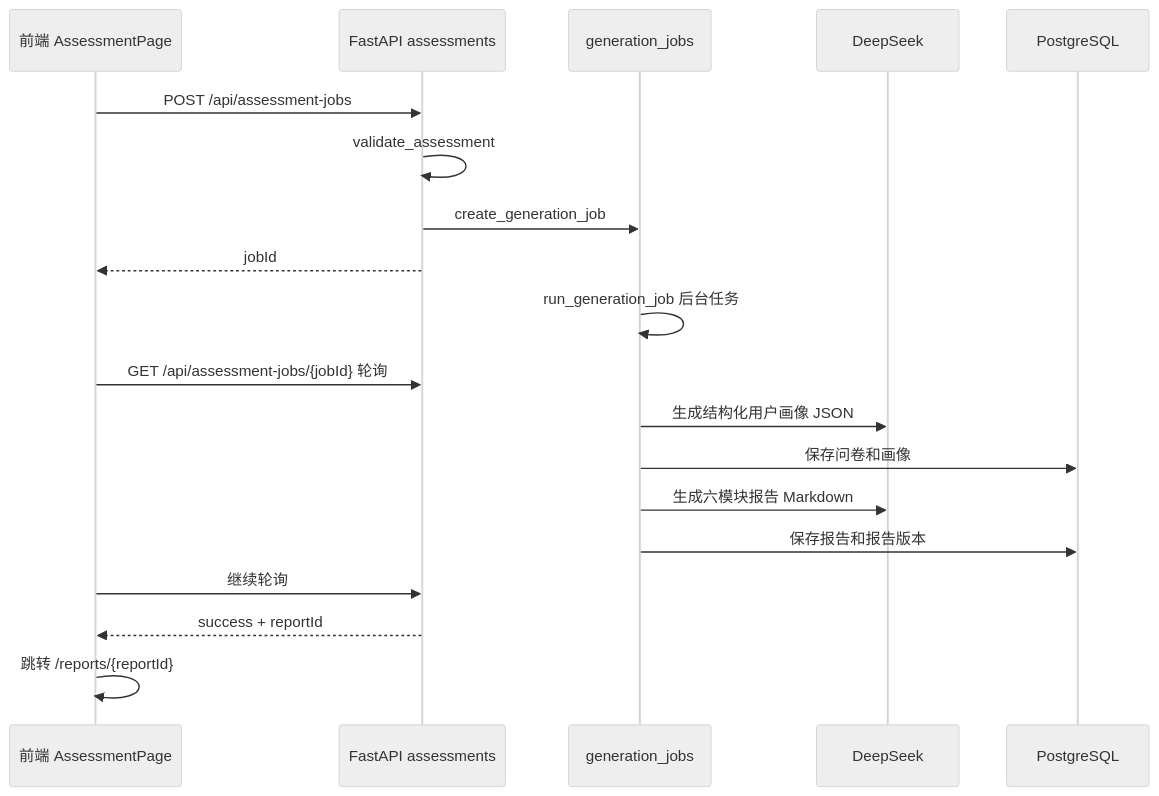
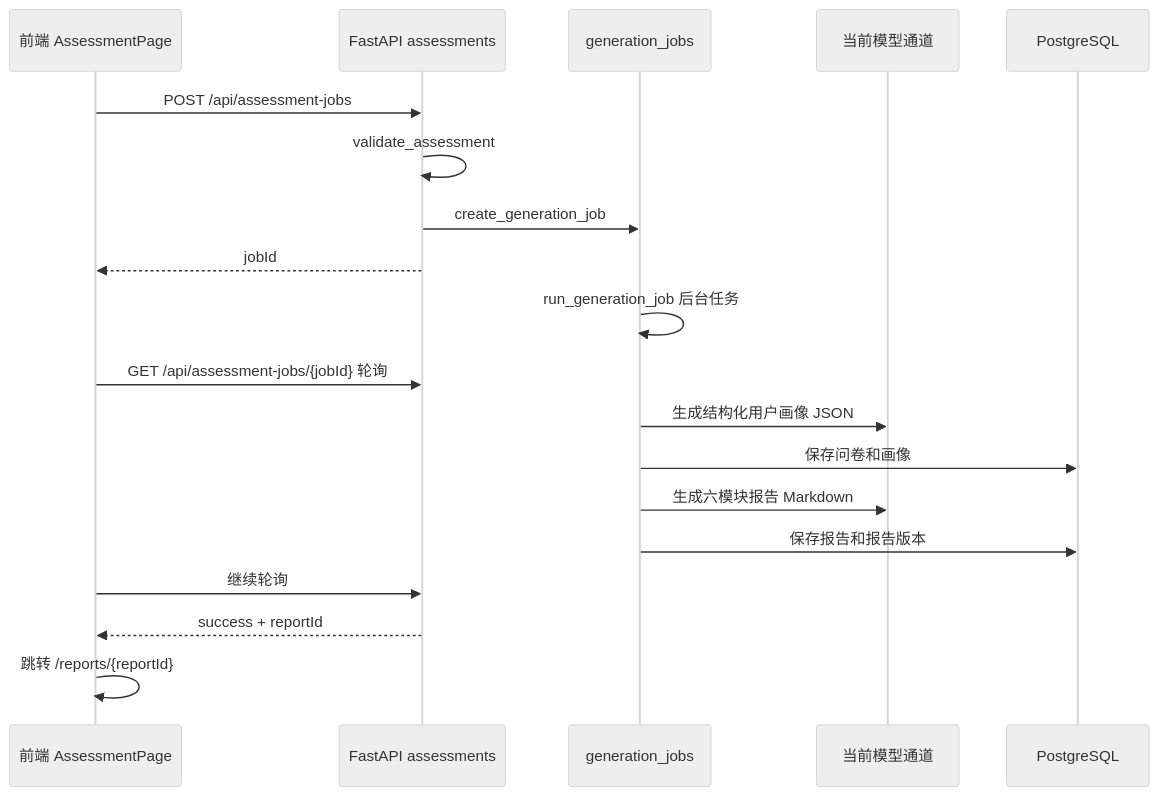
The second of 3 diagrams in docs/实现文档.md (labixiaoji/SIYUAN-COMPASS), drawn with Mermaid (neutral theme) before and after one commit. The commit also changed other lines of this file and 20 other files, not shown here.

````diff
--- a/docs/实现文档.md
+++ b/docs/实现文档.md
@@ -147,22 +149,22 @@
 ```mermaid
 sequenceDiagram
   participant F as 前端 AssessmentPage
   participant A as FastAPI assessments
   participant J as generation_jobs
-  participant L as DeepSeek
+  participant L as 当前模型通道
   participant D as PostgreSQL
 
   F->>A: POST /api/assessment-jobs
   A->>A: validate_assessment
   A->>J: create_generation_job
   A-->>F: jobId
   J->>J: run_generation_job 后台任务
   F->>A: GET /api/assessment-jobs/{jobId} 轮询
   J->>L: 生成结构化用户画像 JSON
   J->>D: 保存问卷和画像
   J->>L: 生成六模块报告 Markdown
   J->>D: 保存报告和报告版本
   F->>A: 继续轮询
   A-->>F: success + reportId
   F->>F: 跳转 /reports/{reportId}
 ```
````
